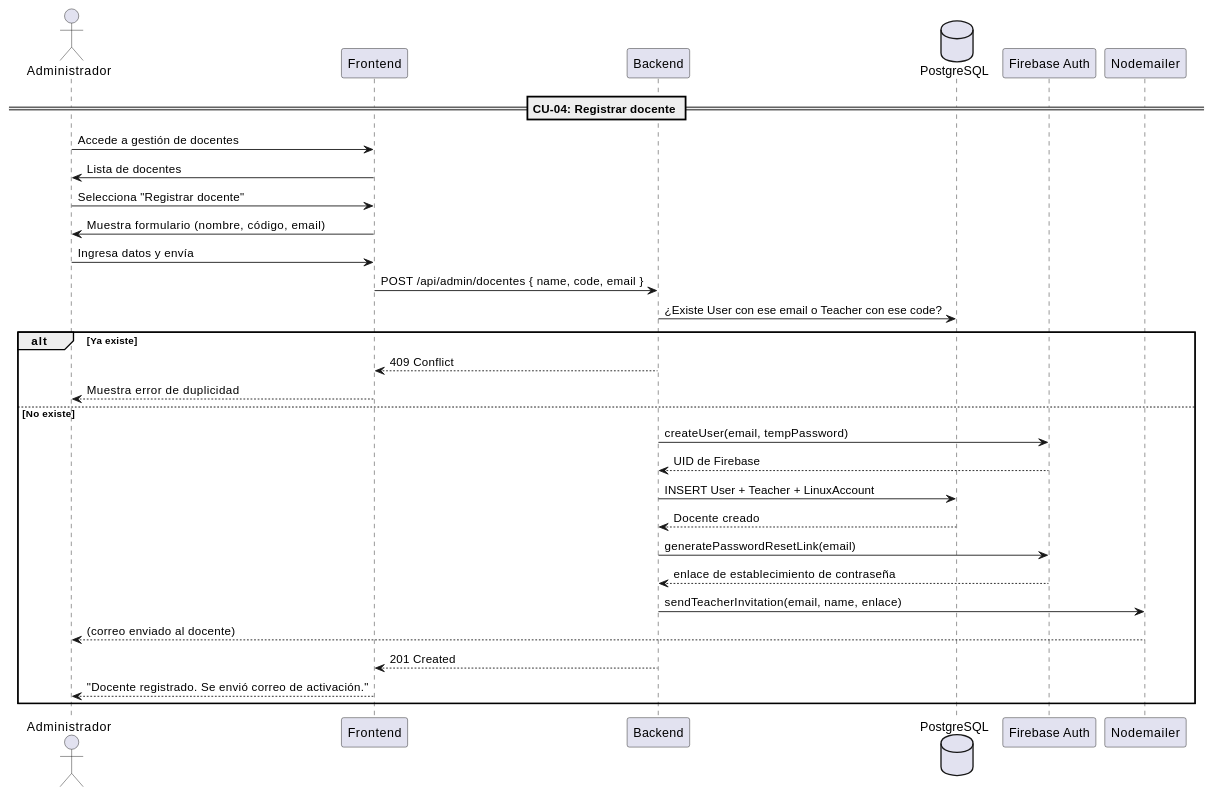
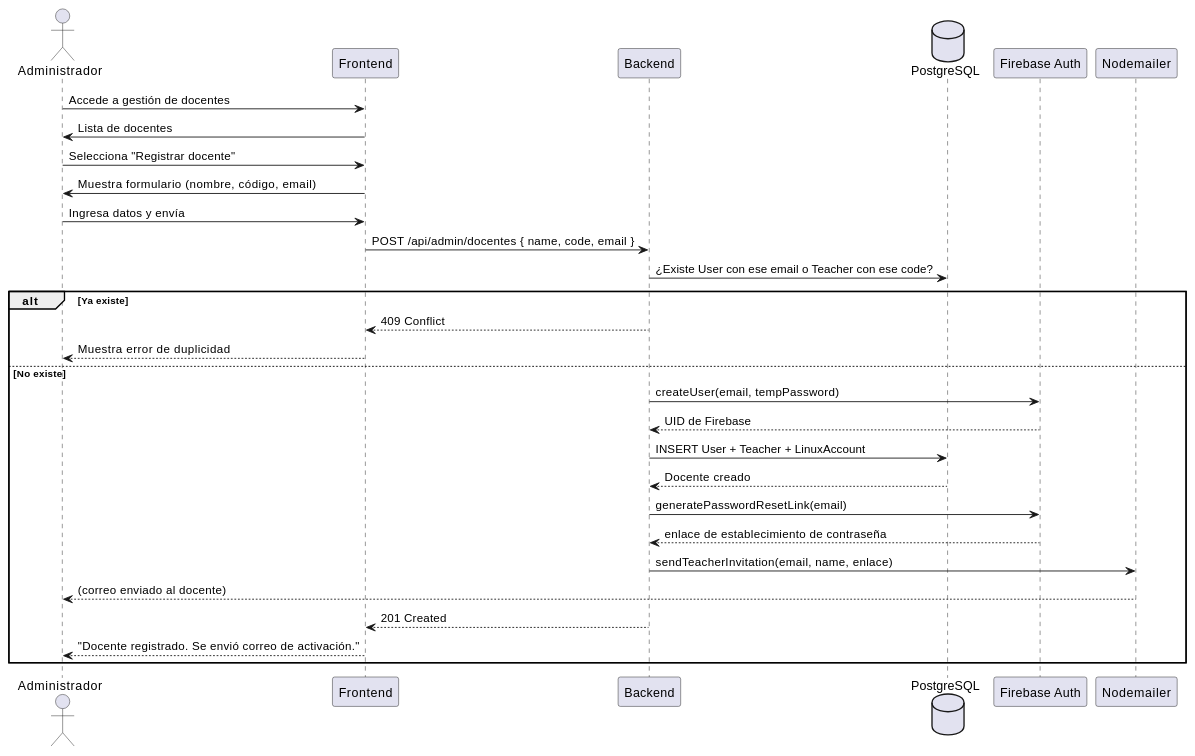
Before and after one commit to LinuxLab-UFPS/LinuxLab: the eighth of 52 diagrams in docs/annexes/cu-especificacion.md, drawn with PlantUML. The commit also changed other lines of this file and 1 other file, not shown here.

````diff
--- a/docs/annexes/cu-especificacion.md
+++ b/docs/annexes/cu-especificacion.md
@@ -323,43 +405,41 @@
 ```plantuml
 @startuml
 actor Administrador as A
 participant "Frontend" as FE
 participant "Backend" as BE
 database "PostgreSQL" as DB
 participant "Firebase Auth" as FB
 participant "Nodemailer" as Mail
-
-== CU-04: Registrar docente ==
 
 A -> FE : Accede a gestión de docentes
 FE -> A : Lista de docentes
 
 A -> FE : Selecciona "Registrar docente"
 FE -> A : Muestra formulario (nombre, código, email)
 
 A -> FE : Ingresa datos y envía
 FE -> BE : POST /api/admin/docentes { name, code, email }
 
 BE -> DB : ¿Existe User con ese email o Teacher con ese code?
 alt Ya existe
   BE --> FE : 409 Conflict
   FE --> A : Muestra error de duplicidad
 else No existe
   BE -> FB : createUser(email, tempPassword)
   FB --> BE : UID de Firebase
 
   BE -> DB : INSERT User + Teacher + LinuxAccount
   DB --> BE : Docente creado
 
   BE -> FB : generatePasswordResetLink(email)
   FB --> BE : enlace de establecimiento de contraseña
 
   BE -> Mail : sendTeacherInvitation(email, name, enlace)
   Mail --> A : (correo enviado al docente)
 
   BE --> FE : 201 Created
   FE --> A : "Docente registrado. Se envió correo de activación."
 end
 
 @enduml
 ```
````
